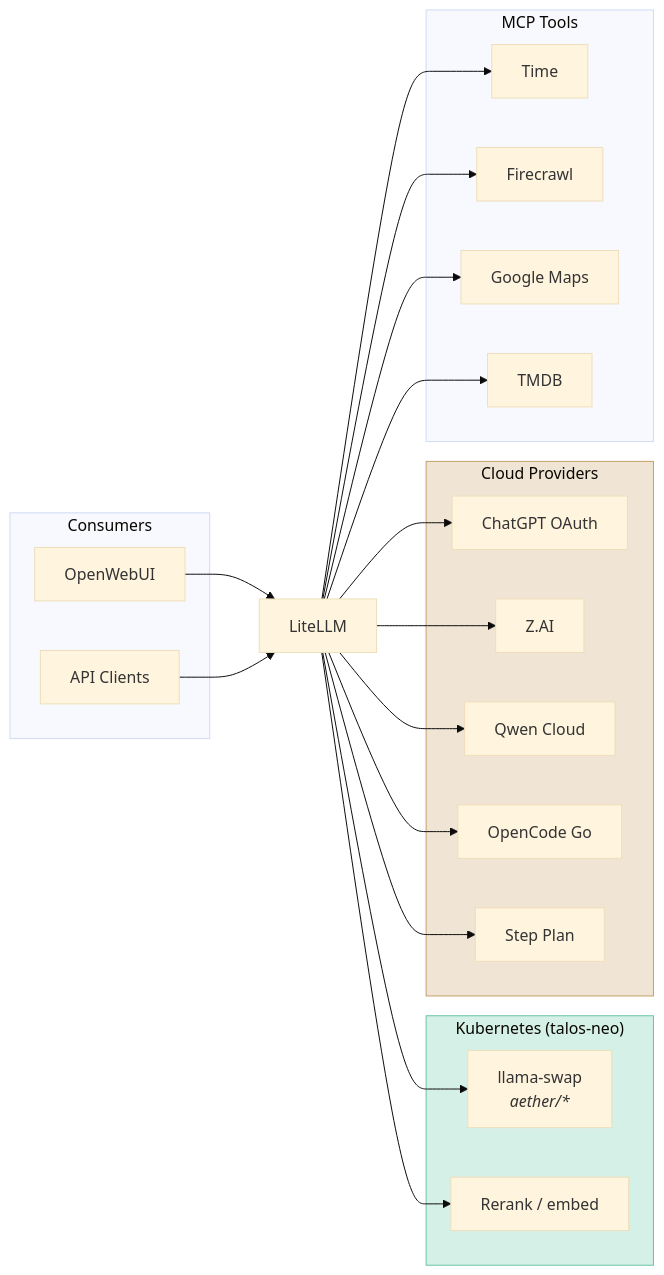
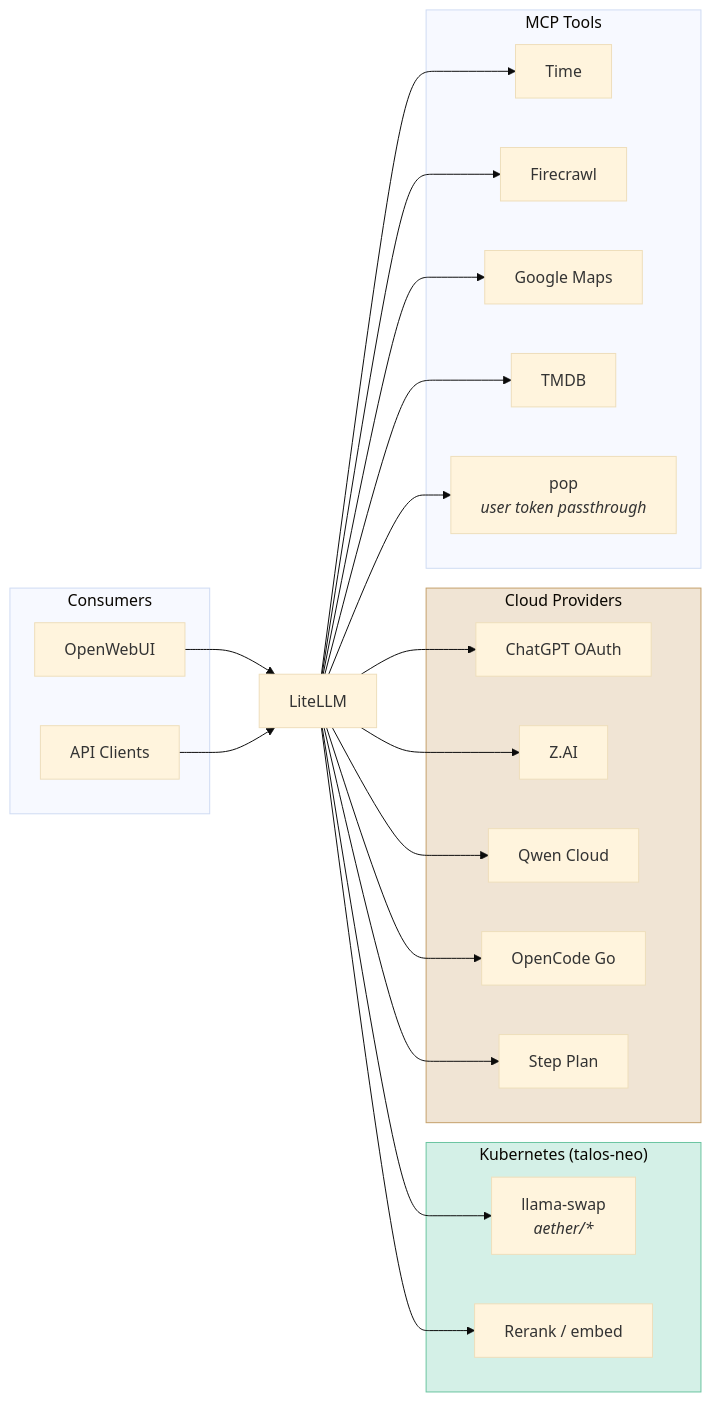
Before and after one commit to shedrachokonofua/aether: the diagram in docs/ai-ml.md, drawn with Mermaid (base theme). The commit also changed other lines of this file and 4 other files, not shown here.

First line of the commit message:
pop MCP via LiteLLM with user-token passthrough (oauth_delegate)

````diff
--- a/docs/ai-ml.md
+++ b/docs/ai-ml.md
@@ -393,37 +393,38 @@
 ```mermaid
 flowchart LR
     subgraph Consumers
         OWUI[OpenWebUI]
         API[API Clients]
     end
 
     LLM[LiteLLM]
 
     subgraph K8s["Kubernetes (talos-neo)"]
         LS[llama-swap<br/><i>aether/*</i>]
         RR[Rerank / embed]
     end
 
     subgraph Cloud["Cloud Providers"]
         OAI[ChatGPT OAuth]
         ZAI[Z.AI]
         QWEN[Qwen Cloud]
         OCGO[OpenCode Go]
         STEP[Step Plan]
     end
 
     subgraph MCP["MCP Tools"]
         TIME[Time]
         FC[Firecrawl]
         GMAPS[Google Maps]
         TMDB[TMDB]
+        POP[pop<br/><i>user token passthrough</i>]
     end
 
     OWUI & API --> LLM
     LLM --> LS & RR
     LLM --> OAI & ZAI & QWEN & OCGO & STEP
-    LLM --> TIME & FC & GMAPS & TMDB
+    LLM --> TIME & FC & GMAPS & TMDB & POP
 
     style K8s fill:#d4f0e7,stroke:#6ac4a0
     style Cloud fill:#f0e4d4,stroke:#c4a06a
 ```
````
